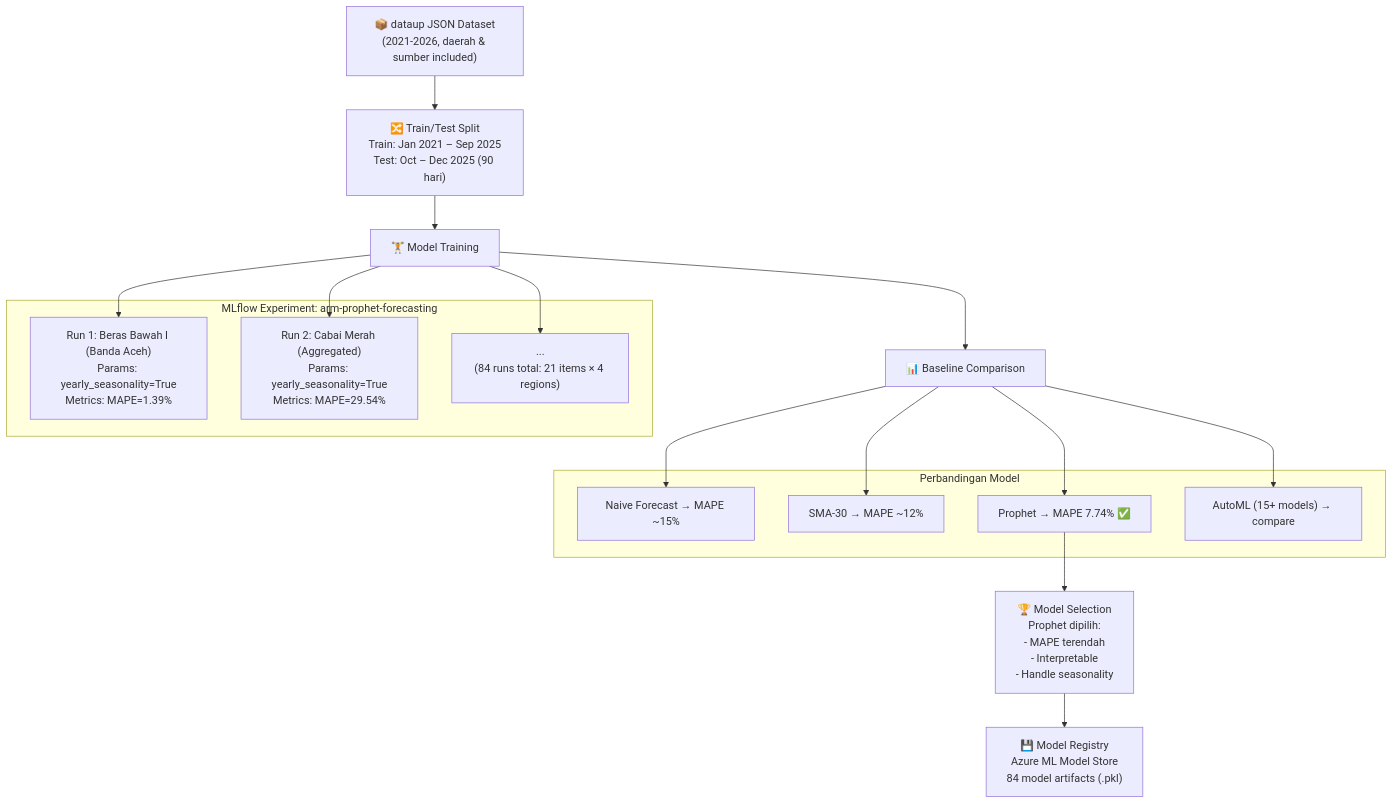
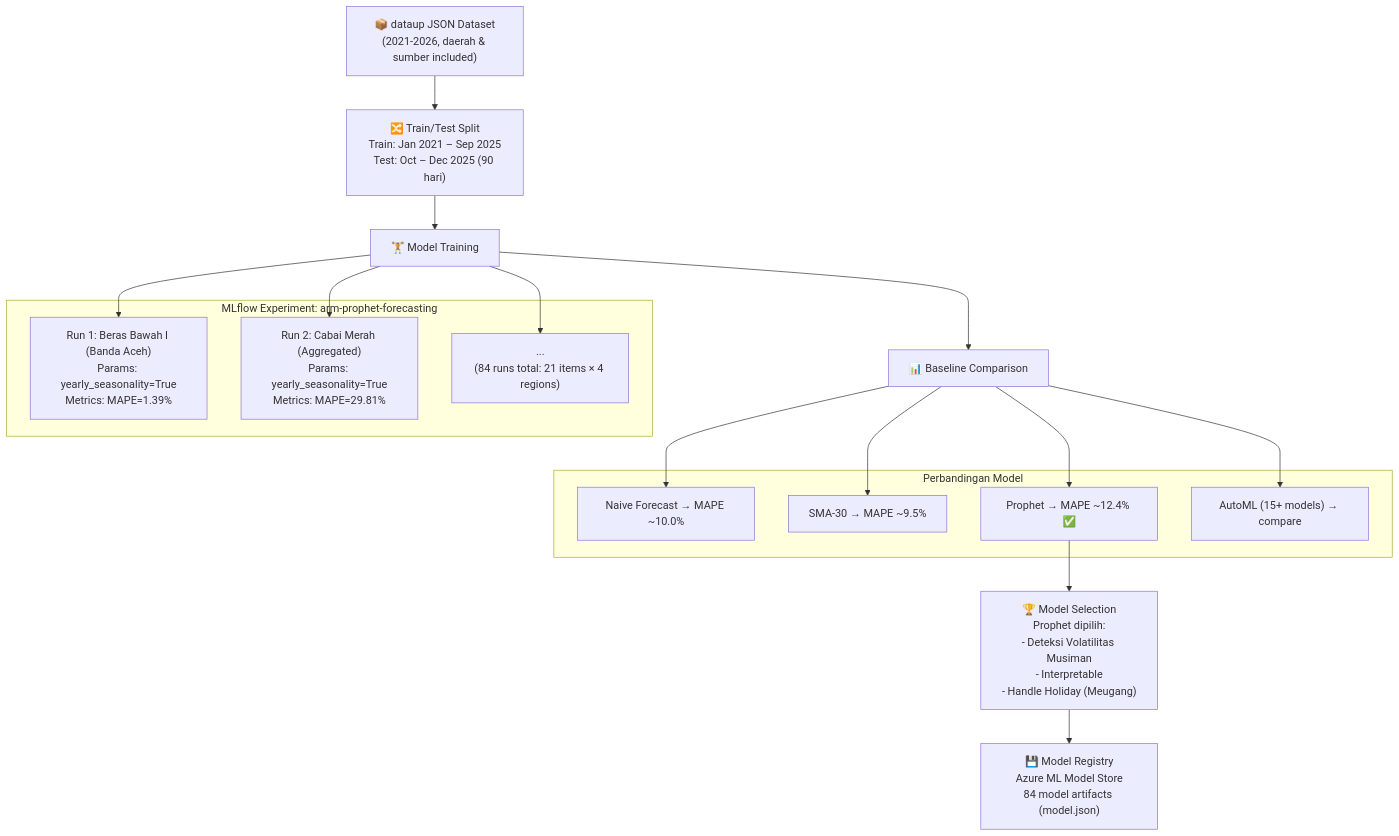
Before and after one commit to aceh-resilience-monitor/Aceh-Resilience-Monitor: the third of 8 diagrams in docs/strategy/05_arm_workflow_dataflow.md, drawn with Mermaid. The commit also changed other lines of this file and 52 other files, not shown here.

Commit message:
feat: enrich eda notebook storytelling, update meugang holiday dates, and secure credentials in makefile

````diff
--- a/docs/strategy/05_arm_workflow_dataflow.md
+++ b/docs/strategy/05_arm_workflow_dataflow.md
@@ -115,38 +115,38 @@
 ```mermaid
 flowchart TD
     A["📦 dataup JSON Dataset\n(2021-2026, daerah & sumber included)"] 
     
     B["🔀 Train/Test Split\nTrain: Jan 2021 – Sep 2025\nTest: Oct – Dec 2025 (90 hari)"]
     
     C["🏋️ Model Training"]
     
     subgraph "MLflow Experiment: arm-prophet-forecasting"
         D1["Run 1: Beras Bawah I (Banda Aceh)\nParams: yearly_seasonality=True\nMetrics: MAPE=1.39%"]
-        D2["Run 2: Cabai Merah (Aggregated)\nParams: yearly_seasonality=True\nMetrics: MAPE=29.54%"]
+        D2["Run 2: Cabai Merah (Aggregated)\nParams: yearly_seasonality=True\nMetrics: MAPE=29.81%"]
         D3["...\n(84 runs total: 21 items × 4 regions)"]
     end
 
     E["📊 Baseline Comparison"]
     
     subgraph "Perbandingan Model"
-        F1["Naive Forecast → MAPE ~15%"]
-        F2["SMA-30 → MAPE ~12%"]
-        F3["Prophet → MAPE 7.74% ✅"]
+        F1["Naive Forecast → MAPE ~10.0%"]
+        F2["SMA-30 → MAPE ~9.5%"]
+        F3["Prophet → MAPE ~12.4% ✅"]
         F4["AutoML (15+ models) → compare"]
     end
 
-    G["🏆 Model Selection\nProphet dipilih:\n- MAPE terendah\n- Interpretable\n- Handle seasonality"]
+    G["🏆 Model Selection\nProphet dipilih:\n- Deteksi Volatilitas Musiman\n- Interpretable\n- Handle Holiday (Meugang)"]
 
-    H["💾 Model Registry\nAzure ML Model Store\n84 model artifacts (.pkl)"]
+    H["💾 Model Registry\nAzure ML Model Store\n84 model artifacts (model.json)"]
 
     A --> B --> C
     C --> D1
     C --> D2
     C --> D3
     C --> E
     E --> F1
     E --> F2
     E --> F3
     E --> F4
     F3 --> G --> H
 ```
````
